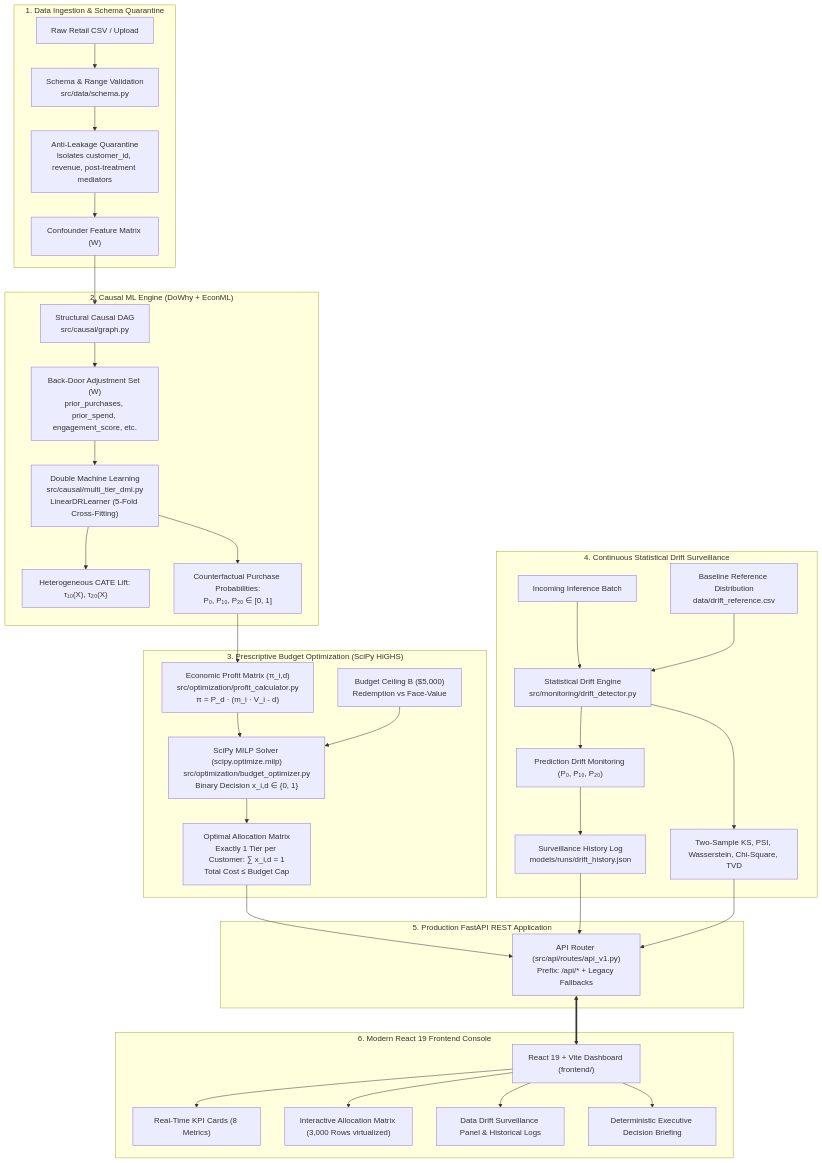
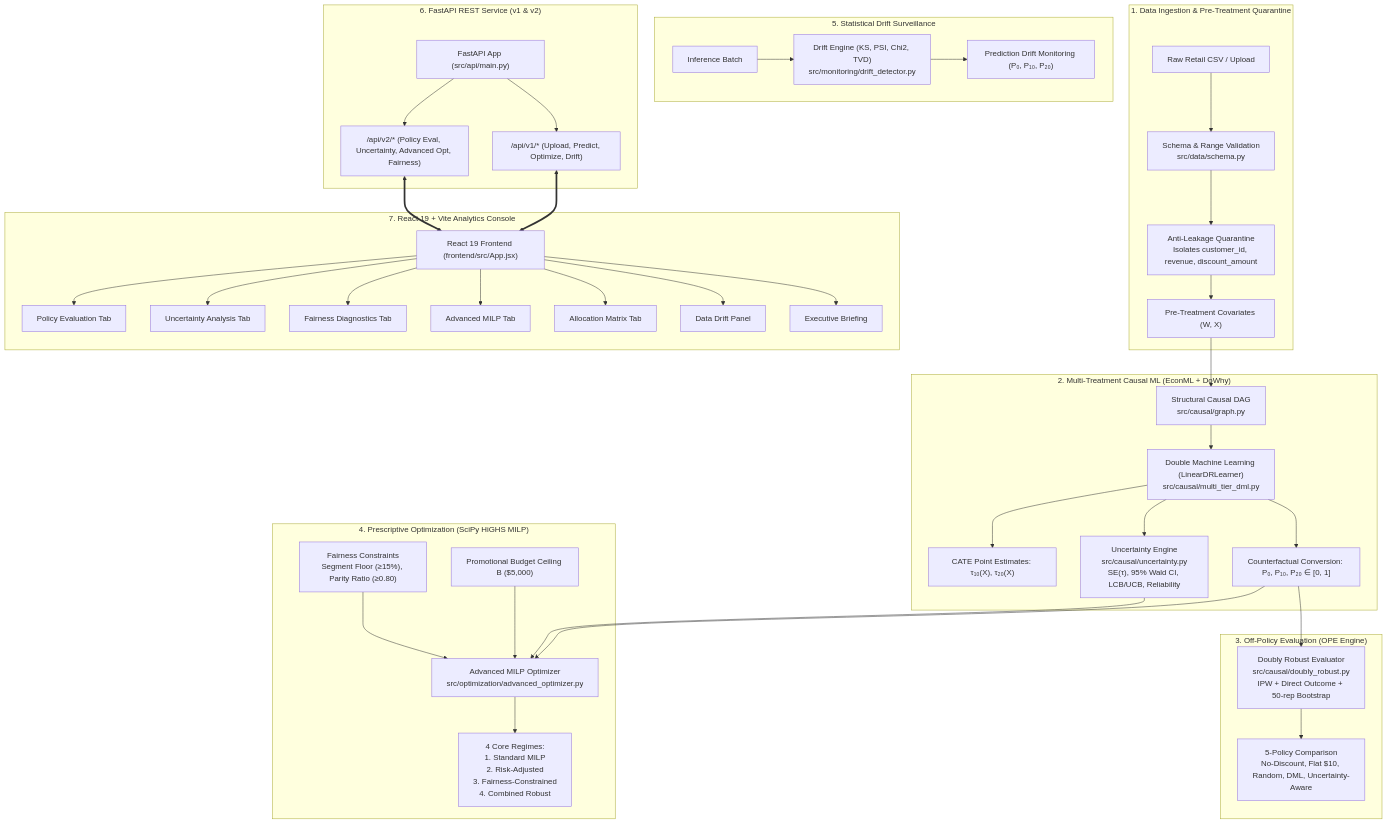
Before and after one commit to tanmay0212-cls/EconoCasual: the diagram in README.md, drawn with Mermaid. The commit also changed other lines of this file and 2 other files, not shown here.

````diff
--- a/README.md
+++ b/README.md
@@ -90,46 +83,51 @@
 ```mermaid
 flowchart TD
-    subgraph DataLayer["1. Data Ingestion & Schema Quarantine"]
+    subgraph DataLayer["1. Data Ingestion & Pre-Treatment Quarantine"]
         RawCSV["Raw Retail CSV / Upload"] --> SchemaVal["Schema & Range Validation<br/>src/data/schema.py"]
-        SchemaVal --> AntiLeakage["Anti-Leakage Quarantine<br/>Isolates customer_id, revenue, post-treatment mediators"]
-        AntiLeakage --> FeatMatrix["Confounder Feature Matrix (W)"]
+        SchemaVal --> Quarantine["Anti-Leakage Quarantine<br/>Isolates customer_id, revenue, discount_amount"]
+        Quarantine --> FeatMatrix["Pre-Treatment Covariates (W, X)"]
     end
 
-    subgraph CausalLayer["2. Causal ML Engine (DoWhy + EconML)"]
+    subgraph CausalLayer["2. Multi-Treatment Causal ML (EconML + DoWhy)"]
         FeatMatrix --> DAG["Structural Causal DAG<br/>src/causal/graph.py"]
-        DAG --> Backdoor["Back-Door Adjustment Set (W)<br/>prior_purchases, prior_spend, engagement_score, etc."]
-        Backdoor --> DML["Double Machine Learning<br/>src/causal/multi_tier_dml.py<br/>LinearDRLearner (5-Fold Cross-Fitting)"]
-        DML --> CATE["Heterogeneous CATE Lift: τ₁₀(X), τ₂₀(X)"]
-        DML --> ProbEst["Counterfactual Purchase Probabilities:<br/>P₀, P₁₀, P₂₀ ∈ [0, 1]"]
+        DAG --> DML["Double Machine Learning (LinearDRLearner)<br/>src/causal/multi_tier_dml.py"]
+        DML --> CATE["CATE Point Estimates: τ₁₀(X), τ₂₀(X)"]
+        DML --> ProbEst["Counterfactual Conversion: P₀, P₁₀, P₂₀ ∈ [0, 1]"]
+        DML --> UncertaintyEngine["Uncertainty Engine<br/>src/causal/uncertainty.py<br/>SE(τ), 95% Wald CI, LCB/UCB, Reliability"]
     end
 
-    subgraph OptLayer["3. Prescriptive Budget Optimization (SciPy HiGHS)"]
-        ProbEst --> ProfitModel["Economic Profit Matrix (π_i,d)<br/>src/optimization/profit_calculator.py<br/>π = P_d · (m_i · V_i - d)"]
-        ProfitModel --> Knapsack["SciPy MILP Solver (scipy.optimize.milp)<br/>src/optimization/budget_optimizer.py<br/>Binary Decision x_i,d ∈ {0, 1}"]
-        BudgetCap["Budget Ceiling B ($5,000)<br/>Redemption vs Face-Value"] --> Knapsack
-        Knapsack --> AllocMat["Optimal Allocation Matrix<br/>Exactly 1 Tier per Customer: ∑ x_i,d = 1<br/>Total Cost ≤ Budget Cap"]
+    subgraph EvaluationLayer["3. Off-Policy Evaluation (OPE Engine)"]
+        ProbEst --> OPEService["Doubly Robust Evaluator<br/>src/causal/doubly_robust.py<br/>IPW + Direct Outcome + 50-rep Bootstrap"]
+        OPEService --> PolicyCompare["5-Policy Comparison<br/>No-Discount, Flat $10, Random, DML, Uncertainty-Aware"]
     end
 
-    subgraph MonitorLayer["4. Continuous Statistical Drift Surveillance"]
-        IncomingBatch["Incoming Inference Batch"] --> DriftDet["Statistical Drift Engine<br/>src/monitoring/drift_detector.py"]
-        RefDist["Baseline Reference Distribution<br/>data/drift_reference.csv"] --> DriftDet
-        DriftDet --> Stats["Two-Sample KS, PSI, Wasserstein, Chi-Square, TVD"]
-        DriftDet --> PredDrift["Prediction Drift Monitoring (P₀, P₁₀, P₂₀)"]
-        PredDrift --> HistoryStore["Surveillance History Log<br/>models/runs/drift_history.json"]
+    subgraph PrescriptiveLayer["4. Prescriptive Optimization (SciPy HiGHS MILP)"]
+        ProbEst --> AdvancedOptimizer["Advanced MILP Optimizer<br/>src/optimization/advanced_optimizer.py"]
+        UncertaintyEngine --> AdvancedOptimizer
+        BudgetConstraint["Promotional Budget Ceiling B ($5,000)"] --> AdvancedOptimizer
+        FairnessConstraints["Fairness Constraints<br/>Segment Floor (≥15%), Parity Ratio (≥0.80)"] --> AdvancedOptimizer
+        AdvancedOptimizer --> SolveRegimes["4 Core Regimes:<br/>1. Standard MILP<br/>2. Risk-Adjusted<br/>3. Fairness-Constrained<br/>4. Combined Robust"]
     end
 
-    subgraph APILayer["5. Production FastAPI REST Application"]
-        APIRouter["API Router (src/api/routes/api_v1.py)<br/>Prefix: /api/* + Legacy Fallbacks"]
-        AllocMat --> APIRouter
-        HistoryStore --> APIRouter
-        Stats --> APIRouter
+    subgraph SurveillanceLayer["5. Statistical Drift Surveillance"]
+        IncomingBatch["Inference Batch"] --> DriftDet["Drift Engine (KS, PSI, Chi2, TVD)<br/>src/monitoring/drift_detector.py"]
+        DriftDet --> PredDrift["Prediction Drift Monitoring (P₀, P₁₀, P₂₀)"]
     end
 
-    subgraph UILayer["6. Modern React 19 Frontend Console"]
-        APIRouter <==> Frontend["React 19 + Vite Dashboard (frontend/)"]
-        Frontend --> CardKPIs["Real-Time KPI Cards (8 Metrics)"]
-        Frontend --> MatrixUI["Interactive Allocation Matrix (3,000 Rows virtualized)"]
-        Frontend --> DriftUI["Data Drift Surveillance Panel & Historical Logs"]
-        Frontend --> ExecBrief["Deterministic Executive Decision Briefing"]
+    subgraph APILayer["6. FastAPI REST Service (v1 & v2)"]
+        API["FastAPI App (src/api/main.py)"]
+        API --> V1Routes["/api/v1/* (Upload, Predict, Optimize, Drift)"]
+        API --> V2Routes["/api/v2/* (Policy Eval, Uncertainty, Advanced Opt, Fairness)"]
+    end
+
+    subgraph UILayer["7. React 19 + Vite Analytics Console"]
+        V1Routes & V2Routes <==> ReactApp["React 19 Frontend (frontend/src/App.jsx)"]
+        ReactApp --> Tab1["Policy Evaluation Tab"]
+        ReactApp --> Tab2["Uncertainty Analysis Tab"]
+        ReactApp --> Tab3["Fairness Diagnostics Tab"]
+        ReactApp --> Tab4["Advanced MILP Tab"]
+        ReactApp --> Tab5["Allocation Matrix Tab"]
+        ReactApp --> Tab6["Data Drift Panel"]
+        ReactApp --> Tab7["Executive Briefing"]
     end
 ```
````
